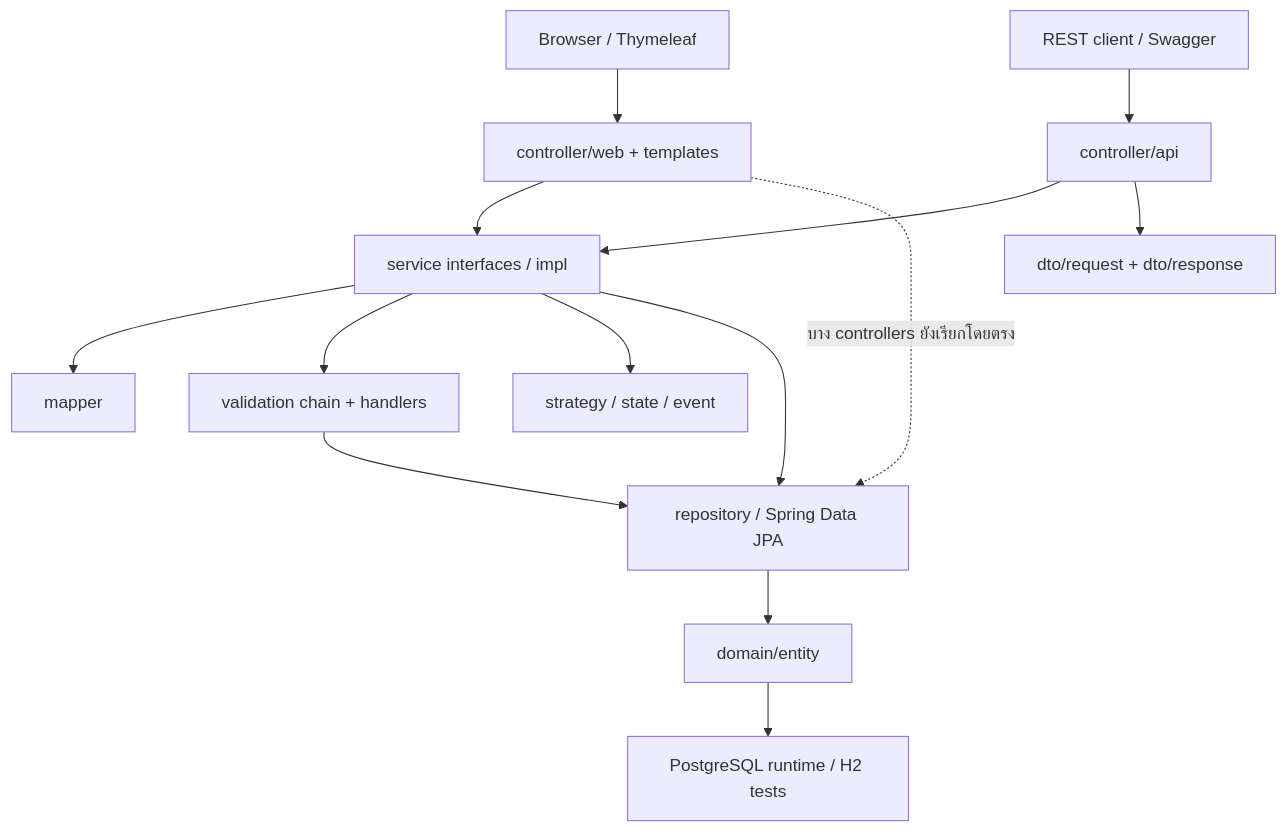
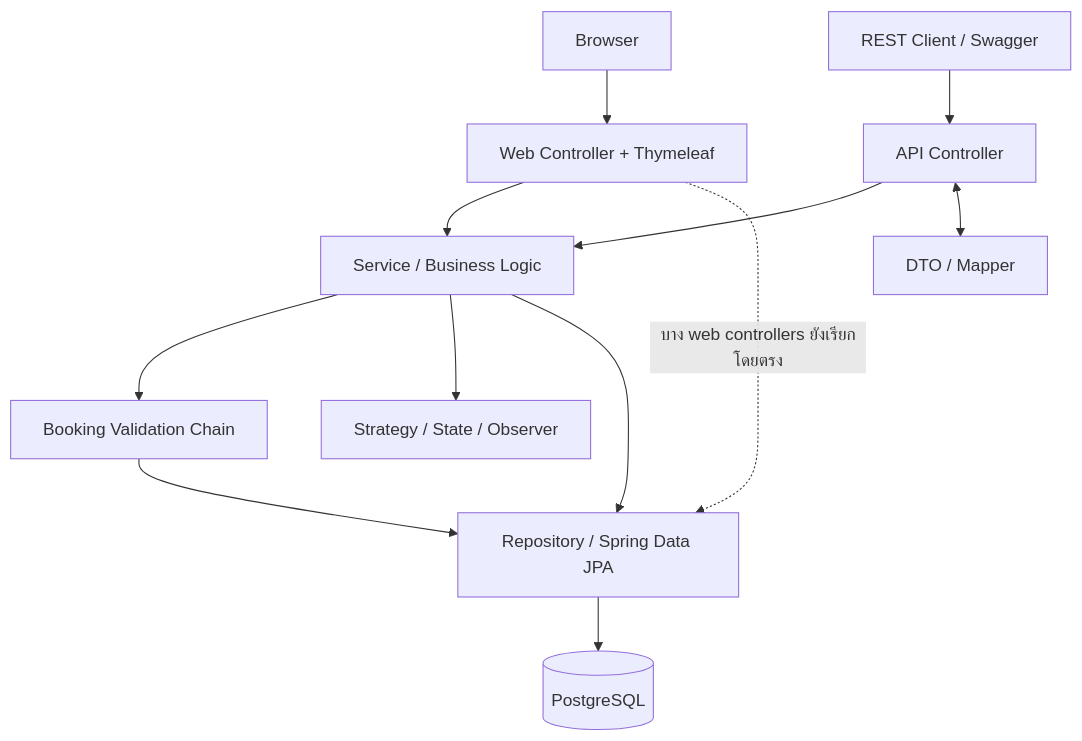
The first of 2 diagrams in README.md (BRHansol/Co-Working-Space-Equipment-Rental), drawn with Mermaid before and after one commit. The commit also changed other lines of this file, not shown here.

````diff
--- a/README.md
+++ b/README.md
@@ -59,16 +63,14 @@
 ```mermaid
 flowchart TD
-    Browser["Browser / Thymeleaf"] --> Web["controller/web + templates"]
-    Client["REST client / Swagger"] --> API["controller/api"]
-    Web --> Service["service interfaces / impl"]
+    Browser["Browser"] --> Web["Web Controller + Thymeleaf"]
+    Client["REST Client / Swagger"] --> API["API Controller"]
+    Web --> Service["Service / Business Logic"]
     API --> Service
-    API --> DTO["dto/request + dto/response"]
-    Service --> Mapper["mapper"]
-    Service --> Validation["validation chain + handlers"]
-    Service --> Rules["strategy / state / event"]
-    Service --> Repo["repository / Spring Data JPA"]
+    API <--> DTO["DTO / Mapper"]
+    Service --> Validation["Booking Validation Chain"]
+    Service --> Patterns["Strategy / State / Observer"]
+    Service --> Repo["Repository / Spring Data JPA"]
     Validation --> Repo
-    Repo --> Entity["domain/entity"]
-    Entity --> DB["PostgreSQL runtime / H2 tests"]
-    Web -. "บาง controllers ยังเรียกโดยตรง" .-> Repo
+    Repo --> DB[("PostgreSQL")]
+    Web -. "บาง web controllers ยังเรียกโดยตรง" .-> Repo
 ```
````
